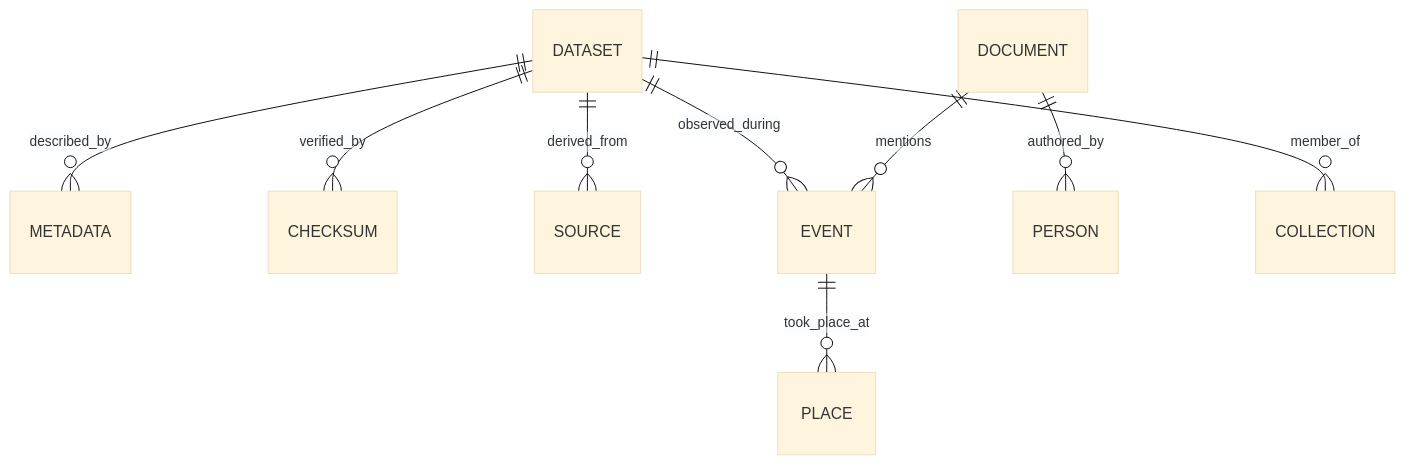
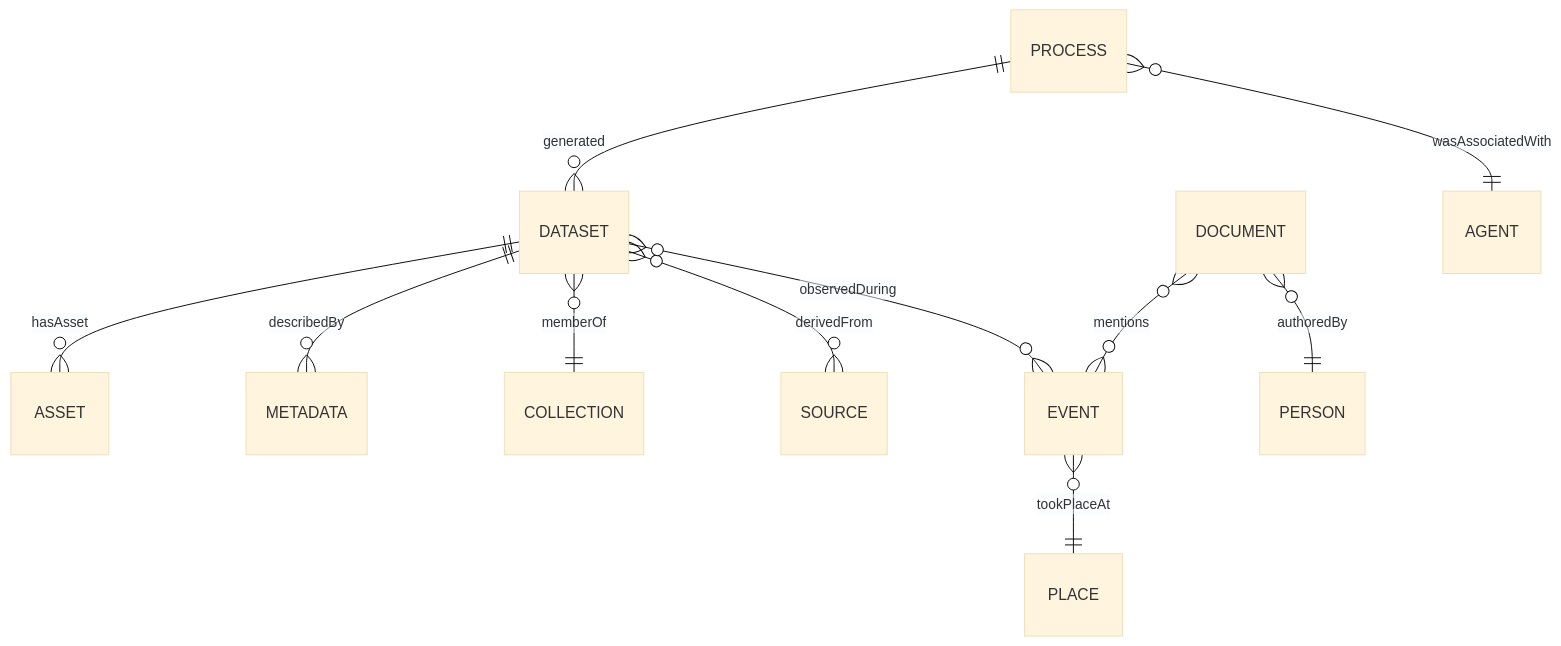
The diagram in docs/standards/ontologies.md (bartytime4life/Kansas-Frontier-Matrix), drawn with Mermaid (base theme) before and after one commit. The commit also changed other lines of this file, not shown here.

`````diff
--- a/docs/standards/ontologies.md
+++ b/docs/standards/ontologies.md
@@ -53,11 +70,13 @@
 ```mermaid
 erDiagram
-  DATASET ||--o{ METADATA : "described_by"
-  DATASET ||--o{ CHECKSUM : "verified_by"
-  DATASET ||--o{ SOURCE : "derived_from"
-  DATASET ||--o{ EVENT : "observed_during"
-  EVENT ||--o{ PLACE : "took_place_at"
-  DOCUMENT ||--o{ PERSON : "authored_by"
-  DOCUMENT ||--o{ EVENT : "mentions"
-  DATASET ||--o{ COLLECTION : "member_of"
-````
+  DATASET ||--o{ ASSET : "hasAsset"
+  DATASET ||--o{ METADATA : "describedBy"
+  DATASET }o--|| COLLECTION : "memberOf"
+  DATASET }o--o{ SOURCE : "derivedFrom"
+  DATASET }o--o{ EVENT : "observedDuring"
+  EVENT }o--|| PLACE : "tookPlaceAt"
+  DOCUMENT }o--|| PERSON : "authoredBy"
+  DOCUMENT }o--o{ EVENT : "mentions"
+  PROCESS ||--o{ DATASET : "generated"
+  PROCESS }o--|| AGENT : "wasAssociatedWith"
+```
`````
